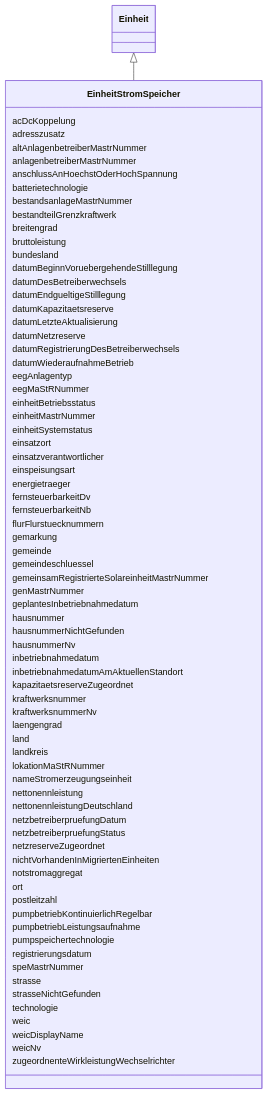
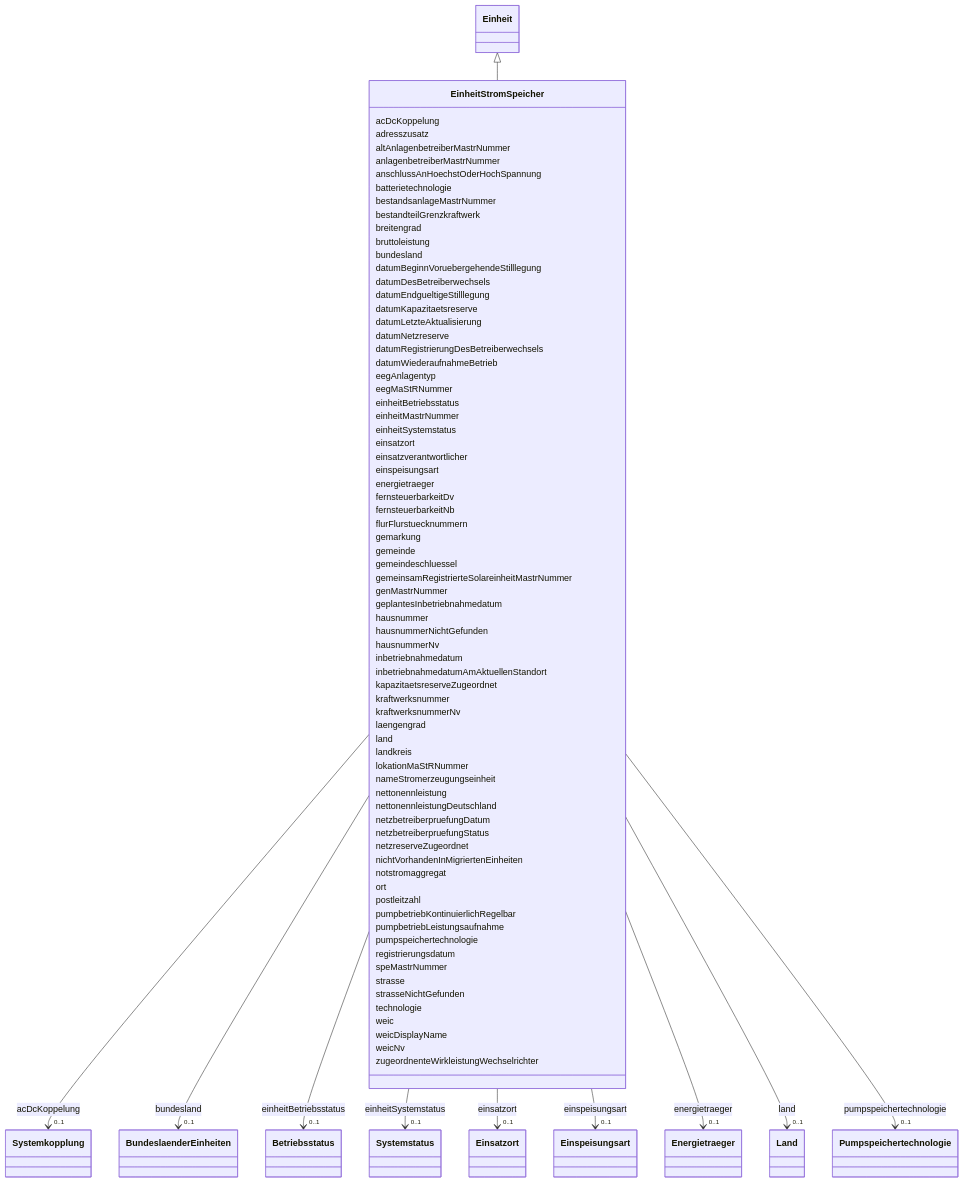
One commit to FlorianK13/mastr-model changed the diagram in docs/schema/classes/EinheitStromSpeicher.md. Above: the diagram before and after it, drawn with Mermaid. The commit also changed other lines of this file and 86 other files, not shown here.

```diff
--- a/docs/schema/classes/EinheitStromSpeicher.md
+++ b/docs/schema/classes/EinheitStromSpeicher.md
@@ -23,6 +23,15 @@
         click Einheit href "../../classes/Einheit/"
       
       EinheitStromSpeicher : acDcKoppelung
+        
+          
+    
+        
+        
+        EinheitStromSpeicher --> "0..1" Systemkopplung : acDcKoppelung
+        click Systemkopplung href "../../enums/Systemkopplung/"
+    
+
         
       EinheitStromSpeicher : adresszusatz
         
@@ -43,6 +52,15 @@
       EinheitStromSpeicher : bruttoleistung
         
       EinheitStromSpeicher : bundesland
+        
+          
+    
+        
+        
+        EinheitStromSpeicher --> "0..1" BundeslaenderEinheiten : bundesland
+        click BundeslaenderEinheiten href "../../enums/BundeslaenderEinheiten/"
+    
+
         
       EinheitStromSpeicher : datumBeginnVoruebergehendeStilllegung
         
@@ -66,17 +84,62 @@
         
       EinheitStromSpeicher : einheitBetriebsstatus
         
+          
+    
+        
+        
+        EinheitStromSpeicher --> "0..1" Betriebsstatus : einheitBetriebsstatus
+        click Betriebsstatus href "../../enums/Betriebsstatus/"
+    
+
+        
       EinheitStromSpeicher : einheitMastrNummer
         
       EinheitStromSpeicher : einheitSystemstatus
         
+          
+    
+        
+        
+        EinheitStromSpeicher --> "0..1" Systemstatus : einheitSystemstatus
+        click Systemstatus href "../../enums/Systemstatus/"
+    
+
+        
       EinheitStromSpeicher : einsatzort
+        
+          
+    
+        
+        
+        EinheitStromSpeicher --> "0..1" Einsatzort : einsatzort
+        click Einsatzort href "../../enums/Einsatzort/"
+    
+
         
       EinheitStromSpeicher : einsatzverantwortlicher
         
       EinheitStromSpeicher : einspeisungsart
         
+          
+    
+        
+        
+        EinheitStromSpeicher --> "0..1" Einspeisungsart : einspeisungsart
+        click Einspeisungsart href "../../enums/Einspeisungsart/"
+    
+
+        
       EinheitStromSpeicher : energietraeger
+        
+          
+    
+        
+        
+        EinheitStromSpeicher --> "0..1" Energietraeger : energietraeger
+        click Energietraeger href "../../enums/Energietraeger/"
+    
+
         
       EinheitStromSpeicher : fernsteuerbarkeitDv
         
@@ -116,6 +179,15 @@
         
       EinheitStromSpeicher : land
         
+          
+    
+        
+        
+        EinheitStromSpeicher --> "0..1" Land : land
+        click Land href "../../enums/Land/"
+    
+
+        
       EinheitStromSpeicher : landkreis
         
       EinheitStromSpeicher : lokationMaStRNummer
@@ -146,6 +218,15 @@
         
       EinheitStromSpeicher : pumpspeichertechnologie
         
+          
+    
+        
+        
+        EinheitStromSpeicher --> "0..1" Pumpspeichertechnologie : pumpspeichertechnologie
+        click Pumpspeichertechnologie href "../../enums/Pumpspeichertechnologie/"
+    
+
+        
       EinheitStromSpeicher : registrierungsdatum
         
       EinheitStromSpeicher : speMastrNummer
```
